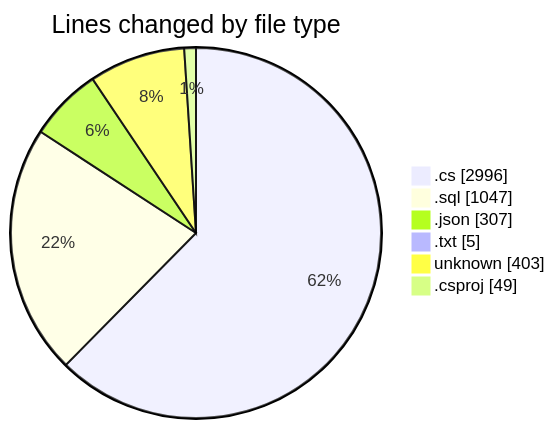
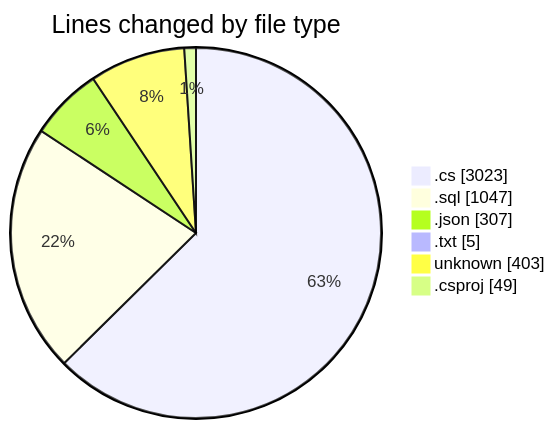
The first of 2 diagrams in 2025-04-04/back-end/README.md (Netris89/code-tracking), drawn with Mermaid before and after one commit. The commit also changed other lines of this file and 1 other file, not shown here.

````diff
--- a/2025-04-04/back-end/README.md
+++ b/2025-04-04/back-end/README.md
@@ -40,10 +40,10 @@
 ```mermaid
 pie showData
 title Lines changed by file type
-".cs" : 2996
+".cs" : 3023
 ".sql" : 1047
 ".json" : 307
 ".txt" : 5
 "unknown" : 403
 ".csproj" : 49
 ```
````
